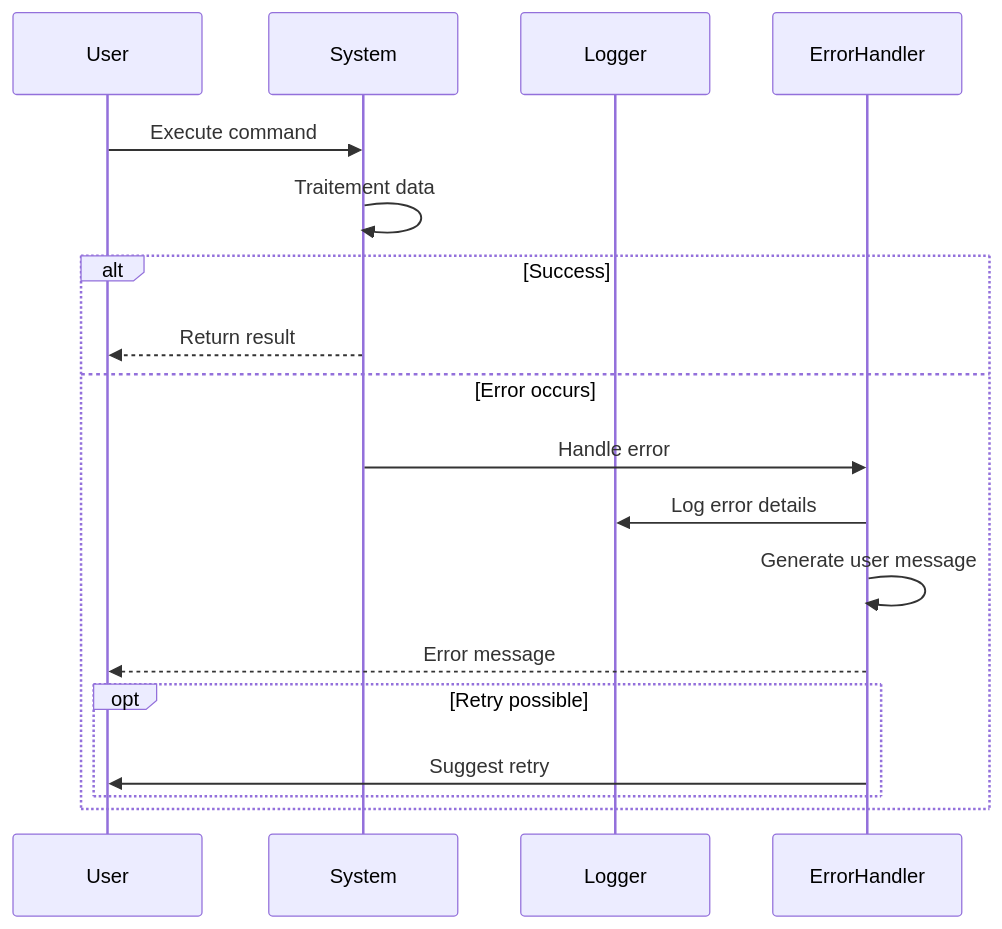
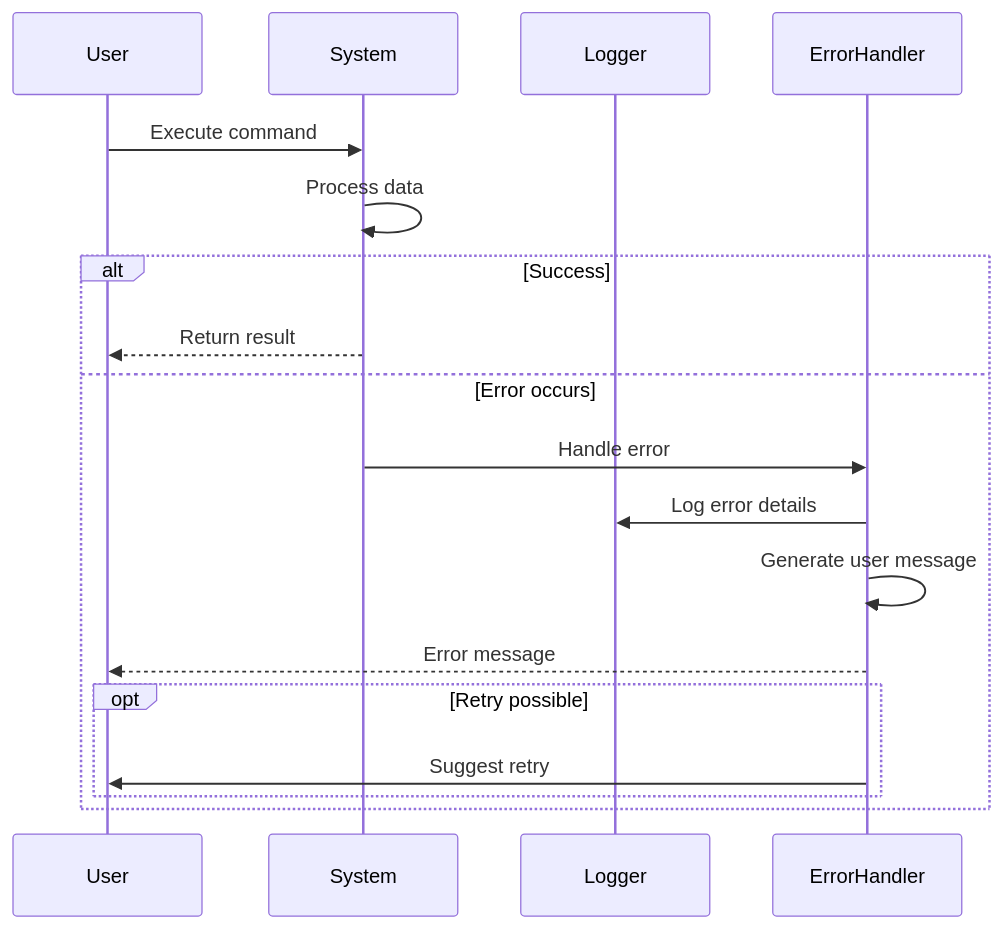
The sixth of 12 diagrams in website/i18n/fr/docusaurus-plugin-content-docs/current/mermaid-reference.md (sducournau/IGN_LIDAR_HD_DATASET), drawn with Mermaid before and after one commit. The commit also changed other lines of this file and 145 other files, not shown here.

````diff
--- a/website/i18n/fr/docusaurus-plugin-content-docs/current/mermaid-reference.md
+++ b/website/i18n/fr/docusaurus-plugin-content-docs/current/mermaid-reference.md
@@ -113,23 +122,23 @@
 ```mermaid
 sequenceDiagram
     participant U as User
     participant S as System
     participant L as Logger
     participant E as ErrorHandler
 
     U->>S: Execute command
-    S->>S: Traitement data
+    S->>S: Process data
 
     alt Success
         S-->>U: Return result
     else Error occurs
         S->>E: Handle error
         E->>L: Log error details
         E->>E: Generate user message
         E-->>U: Error message
 
         opt Retry possible
             E->>U: Suggest retry
         end
     end
 ```
````
